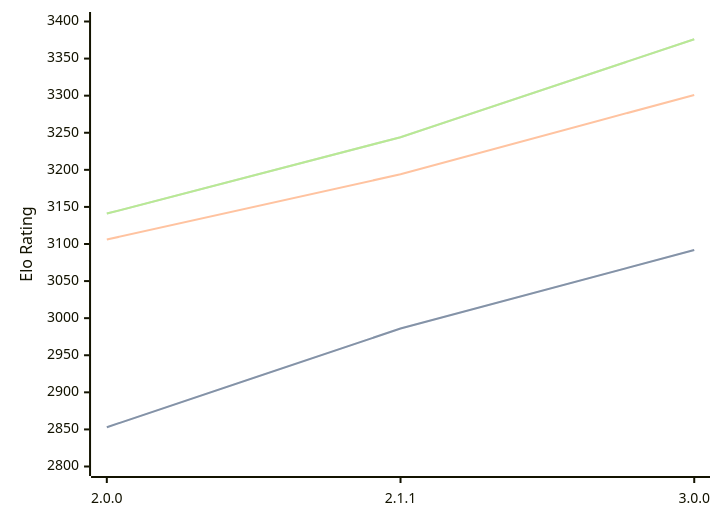
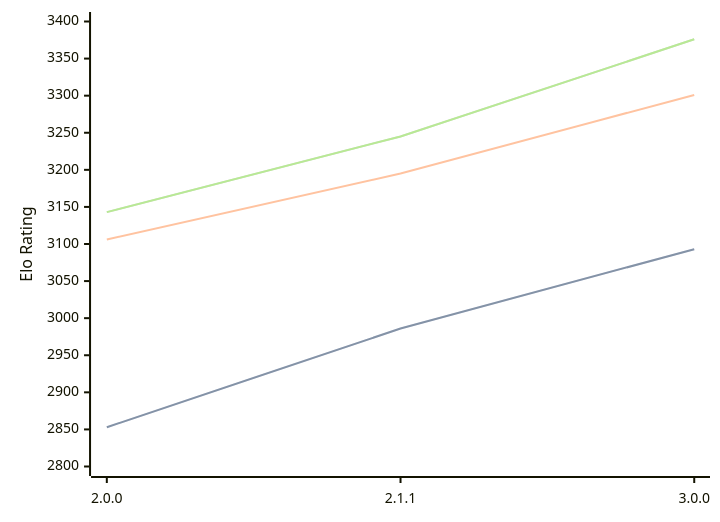
The diagram in engines/Bread.md (computer-chess-index/cci), drawn with Mermaid before and after one commit. The commit also changed other lines of this file, not shown here.

Commit message:
Update CCI Ratings (ELO VLTC) - 2026-07-31

````diff
--- a/engines/Bread.md
+++ b/engines/Bread.md
@@ -53,11 +53,11 @@
 ```mermaid
 %%{init: {"theme":"base","themeVariables":{"seriesColors:['#a3a3a3','#222221','#faa371']}}}%%
 xychart-beta
   x-axis ["2.0.0", "2.1.1", "3.0.0"]
   y-axis "Elo Rating" 2800 --> 3400
-  line "STC (8.0+0.08s)" [2853, 2986, 3092]
-  line "STC (8.0+0.08s)" [2853, 2986, 3092]
-  line "LTC (60.0+0.60s)" [3106, 3194, 3301]
-  line "VLTC (2m24s+1.12s)" [3141, 3244, 3376]
-  line "VLTC (2m24s+1.12s)" [3141, 3244, 3376]
+  line "STC (8.0+0.08s)" [2853, 2986, 3093]
+  line "STC (8.0+0.08s)" [2853, 2986, 3093]
+  line "LTC (60.0+0.60s)" [3106, 3195, 3301]
+  line "VLTC (2m24s+1.12s)" [3143, 3245, 3376]
+  line "VLTC (2m24s+1.12s)" [3143, 3245, 3376]
 ```
````
